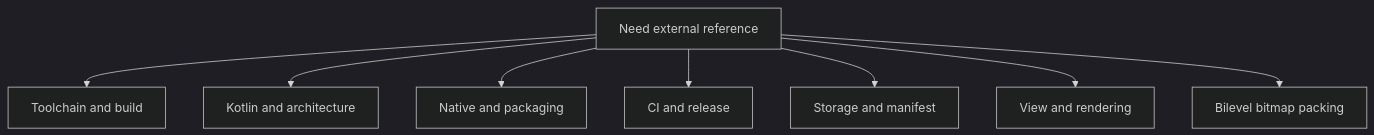
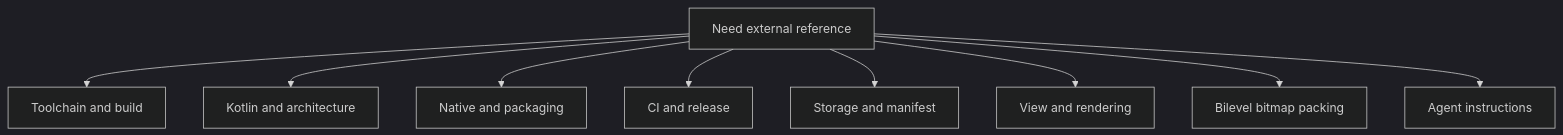
Before and after one commit to ppigazzini/r47zen: the diagram in android/docs/dev/09-official-references.md, drawn with Mermaid (dark theme). The commit also changed other lines of this file and 5 other files, not shown here.

````diff
--- a/android/docs/dev/09-official-references.md
+++ b/android/docs/dev/09-official-references.md
@@ -8,19 +8,21 @@
 ```mermaid
 flowchart TD
   A[Need external reference]
   B[Toolchain and build]
   C[Kotlin and architecture]
   D[Native and packaging]
   E[CI and release]
   F[Storage and manifest]
   G[View and rendering]
   H[Bilevel bitmap packing]
+  I[Agent instructions]
 
   A --> B
   A --> C
   A --> D
   A --> E
   A --> F
   A --> G
   A --> H
+  A --> I
 ```
````
